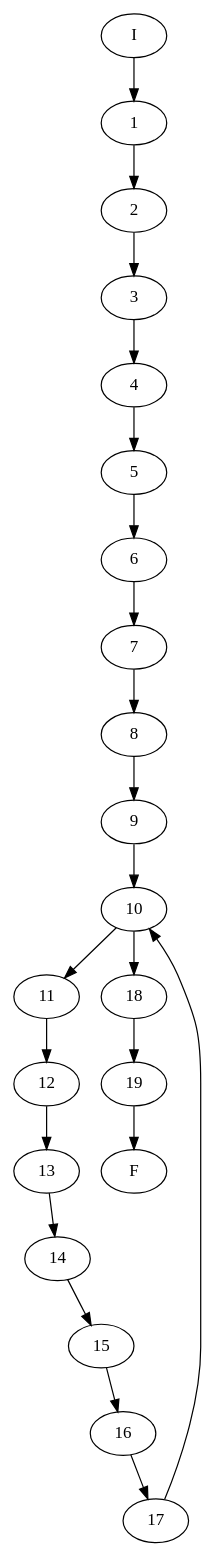
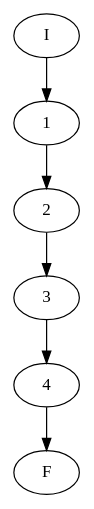
One commit to Diego77Blaze/gramaticaspl3 changed the diagram in complejidad1.dot. Above: the diagram before and after it, drawn with Graphviz. The commit also changed 21 other files, not shown here.

```diff
--- a/complejidad1.dot
+++ b/complejidad1.dot
@@ -1,23 +1,7 @@
 digraph complejidad1 {
 	1->2;
 	I->1;
 	2->3;
 	3->4;
-	4->5;
-	5->6;
-	6->7;
-	7->8;
-	8->9;
-	9->10;
-	10->11;
-	10->18;
-	11->12;
-	12->13;
-	13->14;
-	14->15;
-	15->16;
-	16->17;
-	17->10;
-	18->19;
-	19->F;
+	4->F;
 	}
```
